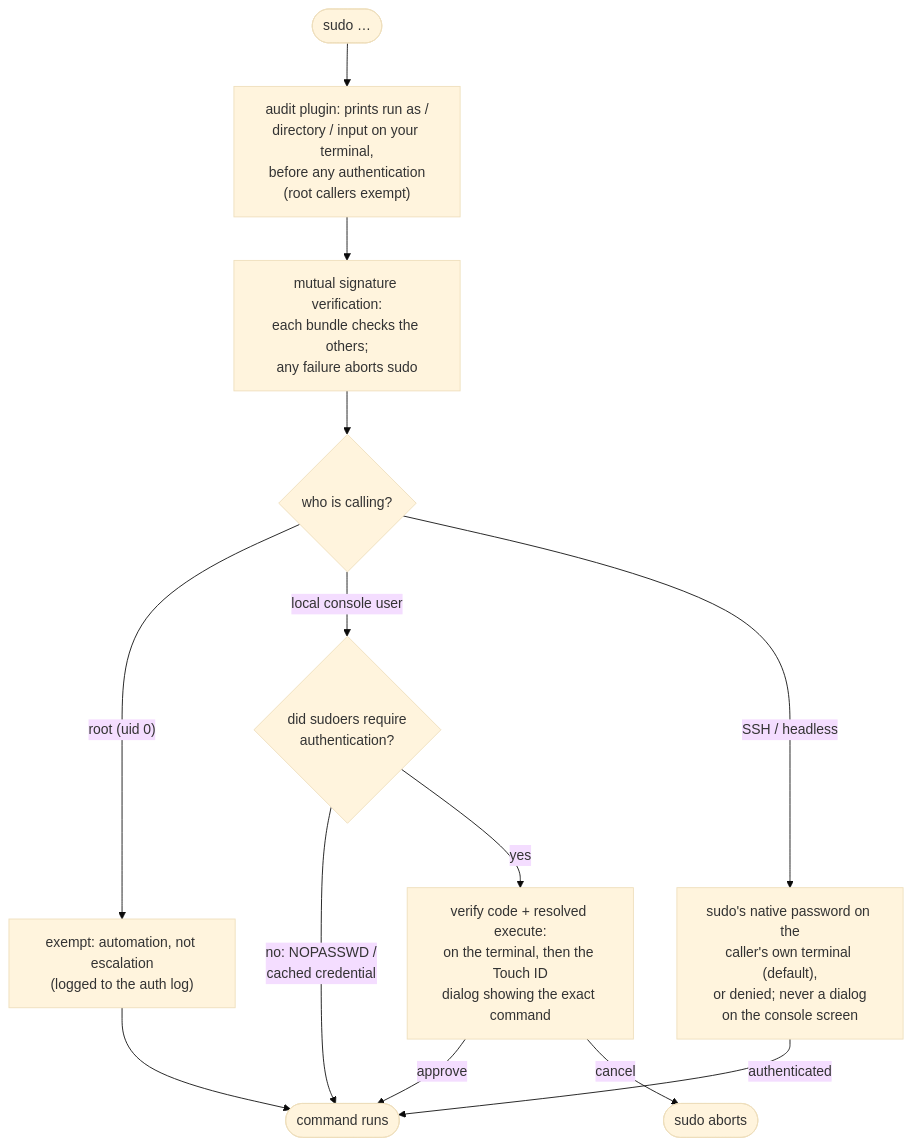
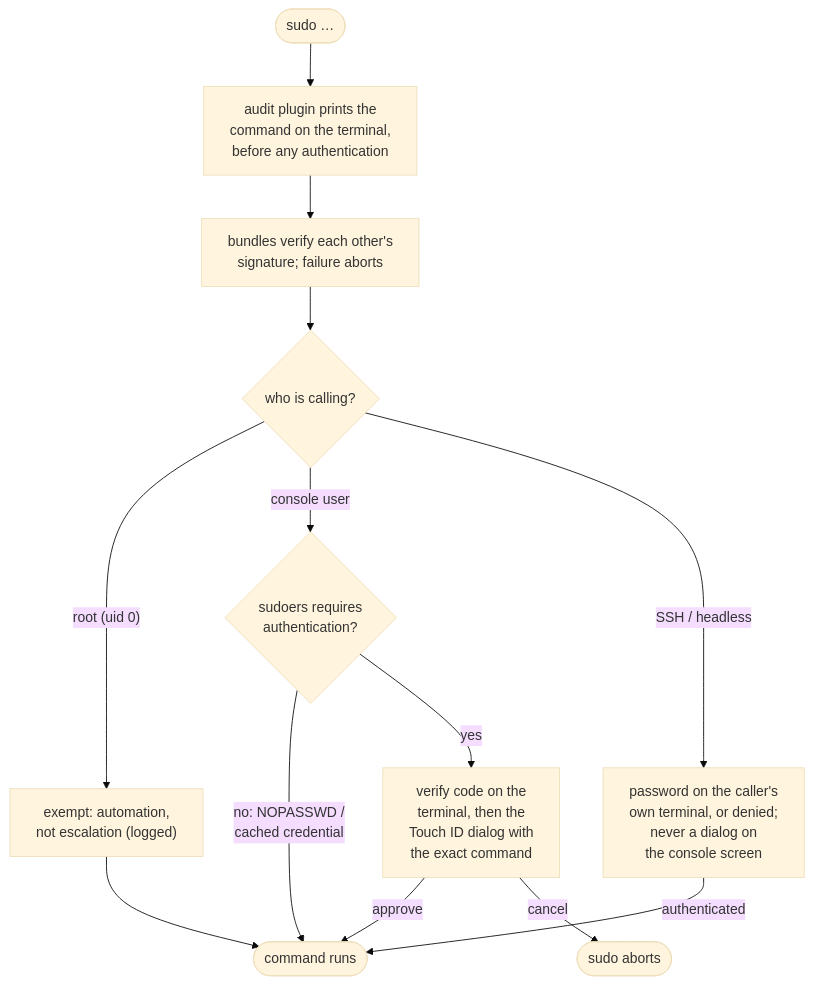
The diagram in README.md (jooize/sudowhat), drawn with Mermaid (base theme) before and after one commit.

Commit message:
docs(readme): shorten mermaid node labels so text stops clipping
Mermaid sizes nodes from measured text and the measurement runs a
little narrow, so long label lines were cut off inside the rectangles.
Shorter lines per row keep every label inside its box; the numbered
list below the diagram still carries the detail the labels dropped.

Claude-Session: https://claude.ai/code/session_01KrUp8iv7MzaY5JiPihrqtk

````diff
--- a/README.md
+++ b/README.md
@@ -232,15 +232,15 @@
 ```mermaid
 flowchart TD
-    S(["sudo …"]) --> A["audit plugin: prints run as /<br/>directory / input on your terminal,<br/>before any authentication<br/>(root callers exempt)"]
-    A --> P["mutual signature verification:<br/>each bundle checks the others;<br/>any failure aborts sudo"]
+    S(["sudo …"]) --> A["audit plugin prints the<br/>command on the terminal,<br/>before any authentication"]
+    A --> P["bundles verify each other's<br/>signature; failure aborts"]
     P --> W{"who is calling?"}
-    W -- "root (uid 0)" --> R["exempt: automation, not escalation<br/>(logged to the auth log)"]
-    W -- "local console user" --> PD{"did sudoers require<br/>authentication?"}
-    W -- "SSH / headless" --> N["sudo's native password on the<br/>caller's own terminal (default),<br/>or denied; never a dialog<br/>on the console screen"]
+    W -- "root (uid 0)" --> R["exempt: automation,<br/>not escalation (logged)"]
+    W -- "console user" --> PD{"sudoers requires<br/>authentication?"}
+    W -- "SSH / headless" --> N["password on the caller's<br/>own terminal, or denied;<br/>never a dialog on<br/>the console screen"]
     PD -- "no: NOPASSWD /<br/>cached credential" --> RUN(["command runs"])
-    PD -- "yes" --> T["verify code + resolved execute:<br/>on the terminal, then the Touch ID<br/>dialog showing the exact command"]
+    PD -- "yes" --> T["verify code on the<br/>terminal, then the<br/>Touch ID dialog with<br/>the exact command"]
     T -- "approve" --> RUN
     T -- "cancel" --> X(["sudo aborts"])
     N -- "authenticated" --> RUN
     R --> RUN
 ```
````
